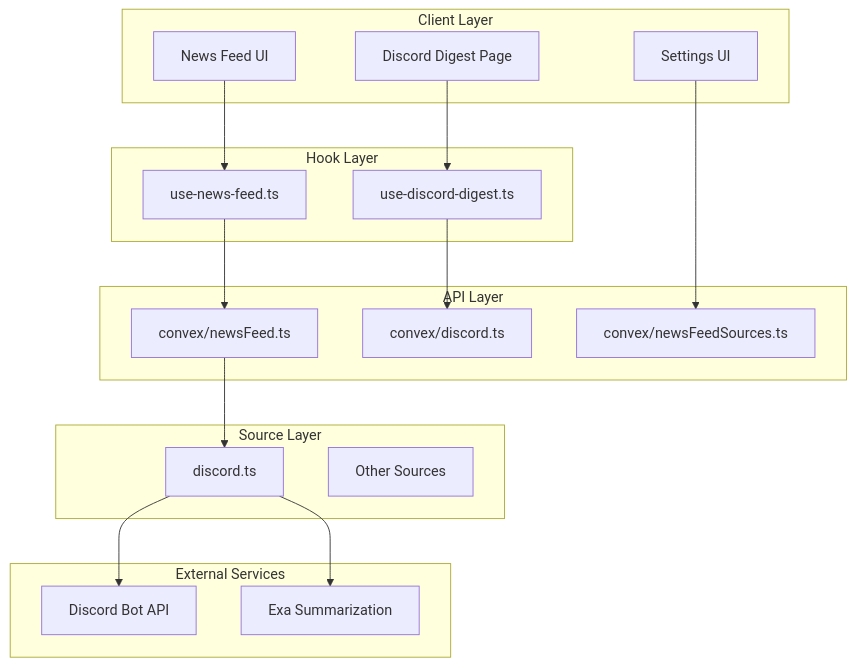
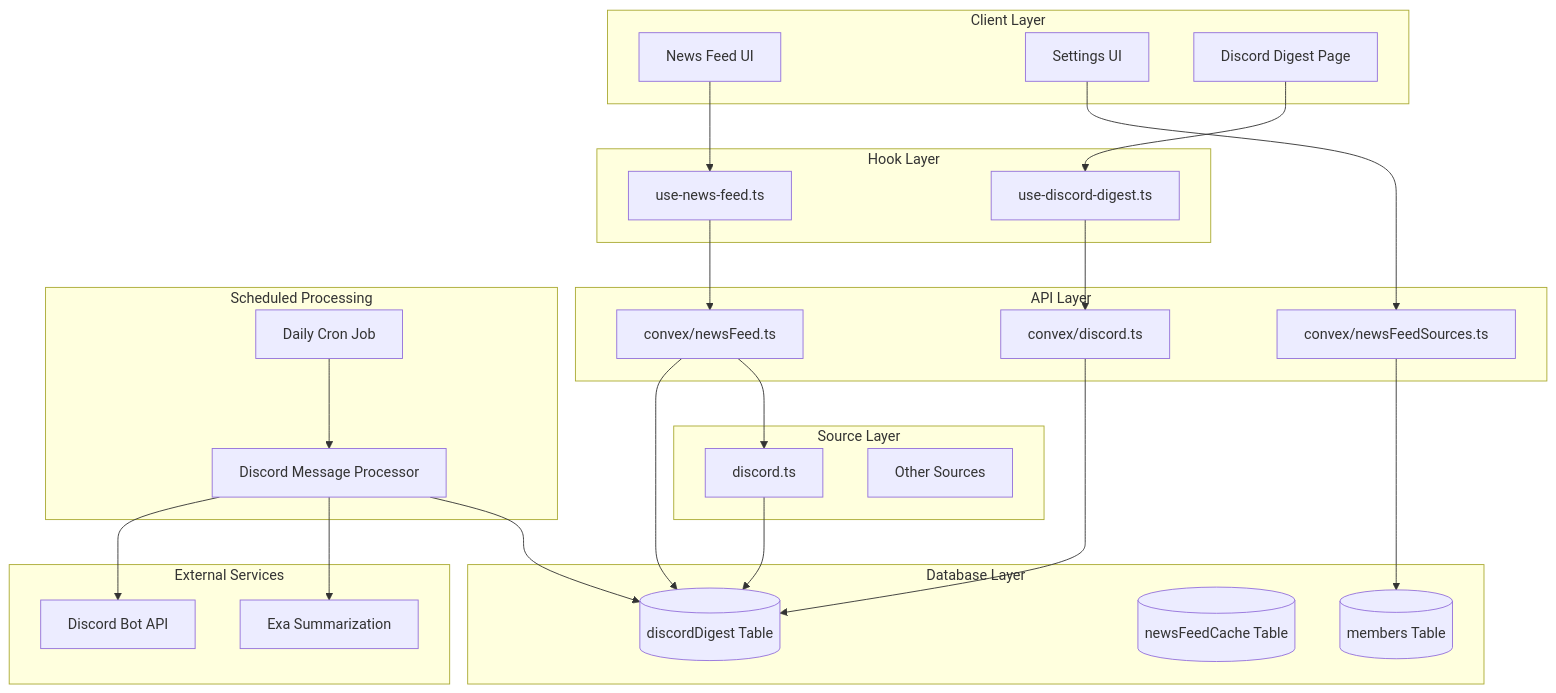
The diagram in .kiro/specs/discord-daily-digest/design.md (ParkerRex/ai-forums), drawn with Mermaid before and after one commit. The commit also changed other lines of this file and 2 other files, not shown here.

First line of the commit message:
feat: implement discord daily digest page and update spec

````diff
--- a/.kiro/specs/discord-daily-digest/design.md
+++ b/.kiro/specs/discord-daily-digest/design.md
@@ -11,38 +11,58 @@
 ```mermaid
 graph TB
     subgraph "Client Layer"
         UI[News Feed UI]
         Settings[Settings UI]
         DiscordPage[Discord Digest Page]
     end
     
     subgraph "Hook Layer"
         NewsFeedHook[use-news-feed.ts]
         DiscordHook[use-discord-digest.ts]
     end
     
     subgraph "API Layer"
         NewsFeedAPI[convex/newsFeed.ts]
         DiscordAPI[convex/discord.ts]
         SourcesAPI[convex/newsFeedSources.ts]
     end
     
+    subgraph "Database Layer"
+        DiscordArchive[(discordDigest Table)]
+        NewsFeedCache[(newsFeedCache Table)]
+        Members[(members Table)]
+    end
+    
+    subgraph "Scheduled Processing"
+        CronJob[Daily Cron Job]
+        Processor[Discord Message Processor]
+    end
+    
     subgraph "Source Layer"
         DiscordSource[discord.ts]
         ExistingSources[Other Sources]
     end
     
     subgraph "External Services"
         DiscordBot[Discord Bot API]
         ExaAPI[Exa Summarization]
     end
     
     UI --> NewsFeedHook
     Settings --> SourcesAPI
     DiscordPage --> DiscordHook
     NewsFeedHook --> NewsFeedAPI
     DiscordHook --> DiscordAPI
+    
+    NewsFeedAPI --> DiscordArchive
+    DiscordAPI --> DiscordArchive
+    SourcesAPI --> Members
+    
+    CronJob --> Processor
+    Processor --> DiscordBot
+    Processor --> ExaAPI
+    Processor --> DiscordArchive
+    
     NewsFeedAPI --> DiscordSource
-    DiscordSource --> DiscordBot
-    DiscordSource --> ExaAPI
+    DiscordSource --> DiscordArchive
 ```
````
